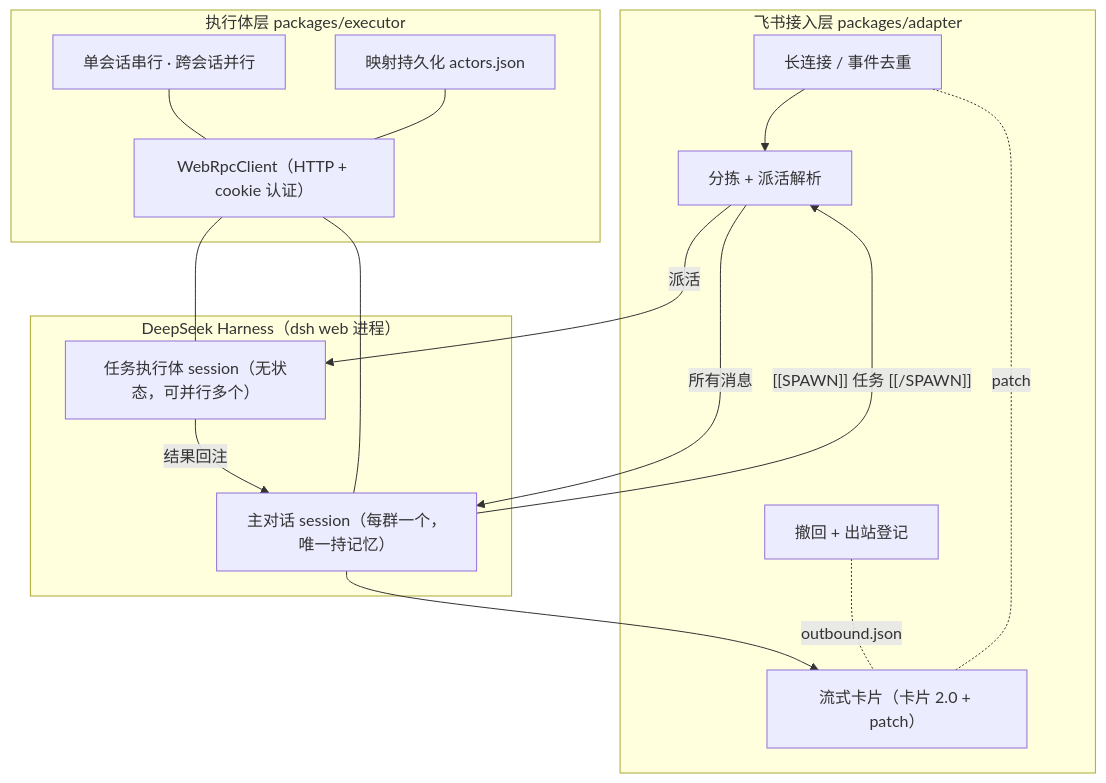
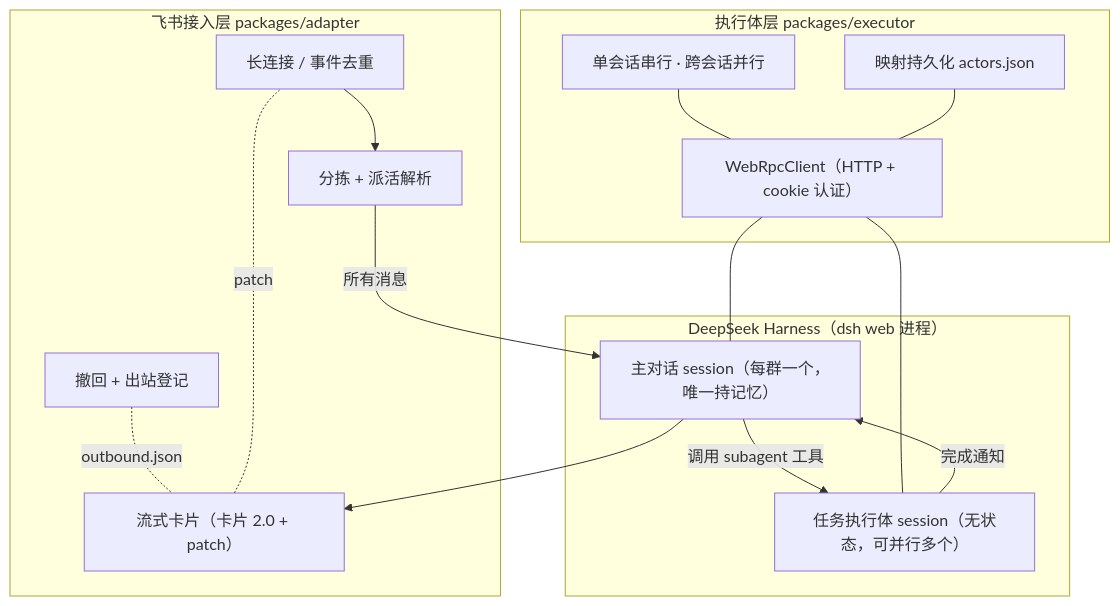
One commit to ZhaoBody/feishu-dsh-connector changed the diagram in README.md. Above: the diagram before and after it, drawn with Mermaid. The commit also changed other lines of this file and 1 other file, not shown here.

Commit message:
docs: 派活说明改为原生 subagent，清理文本标记残留

````diff
--- a/README.md
+++ b/README.md
@@ -17,33 +17,32 @@
 ```mermaid
 flowchart TB
   subgraph F["飞书接入层 packages/adapter"]
     L["长连接 / 事件去重"]
     M["分拣 + 派活解析"]
     C["流式卡片（卡片 2.0 + patch）"]
     R["撤回 + 出站登记"]
   end
 
   subgraph X["执行体层 packages/executor"]
     H["WebRpcClient（HTTP + cookie 认证）"]
     Q["单会话串行 · 跨会话并行"]
     S["映射持久化 actors.json"]
   end
 
   subgraph D["DeepSeek Harness（dsh web 进程）"]
     MAIN["主对话 session（每群一个，唯一持记忆）"]
     TASK["任务执行体 session（无状态，可并行多个）"]
   end
 
   L --> M
   M -->|"所有消息"| MAIN
-  MAIN -->|"[[SPAWN]] 任务 [[/SPAWN]]"| M
-  M -->|"派活"| TASK
-  TASK -->|"结果回注"| MAIN
+  MAIN -->|"调用 subagent 工具"| TASK
+  TASK -->|"完成通知"| MAIN
   MAIN --> C
   C -. "patch" .- L
   R -. "outbound.json" .- C
   H --- MAIN
   H --- TASK
   Q --- H
   S --- H
 ```
````
